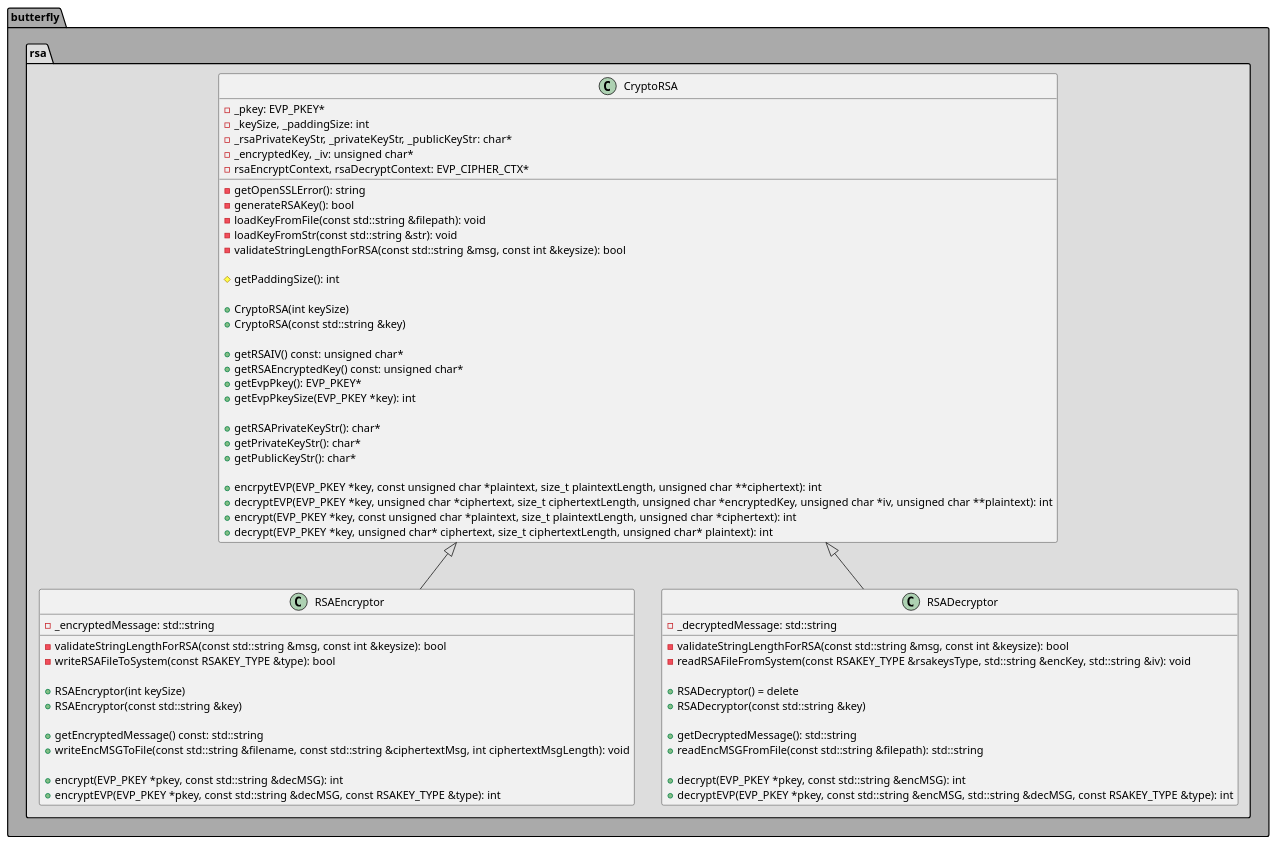
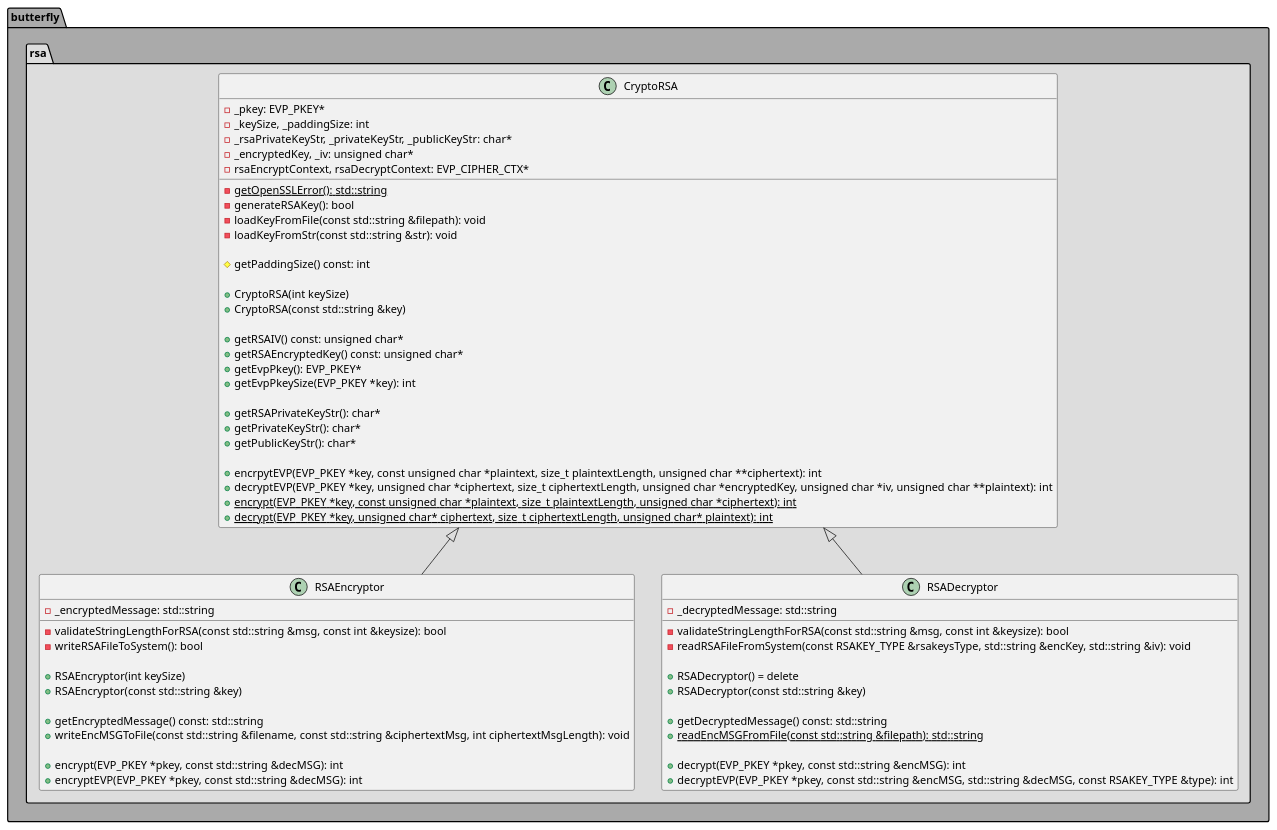
The diagram in architecture/class_diagrams/crypto/rsa.puml (bierschi/butterfly), drawn with PlantUML before and after one commit. The commit also changed 6 other files, not shown here.

```diff
--- a/architecture/class_diagrams/crypto/rsa.puml
+++ b/architecture/class_diagrams/crypto/rsa.puml
@@ -1,82 +1,81 @@
 @startuml
 
 package butterfly #AAAAAA
 {
 
 package rsa #DDDDDD
 {
 
 class CryptoRSA
 {
     - _pkey: EVP_PKEY*
     - _keySize, _paddingSize: int
     - _rsaPrivateKeyStr, _privateKeyStr, _publicKeyStr: char*
     - _encryptedKey, _iv: unsigned char*
     - rsaEncryptContext, rsaDecryptContext: EVP_CIPHER_CTX*
 
-    - getOpenSSLError(): string
+    - {static} getOpenSSLError(): std::string
     - generateRSAKey(): bool
     - loadKeyFromFile(const std::string &filepath): void
     - loadKeyFromStr(const std::string &str): void
-    - validateStringLengthForRSA(const std::string &msg, const int &keysize): bool
 
-    # getPaddingSize(): int
+    # getPaddingSize() const: int
 
     + CryptoRSA(int keySize)
     + CryptoRSA(const std::string &key)
 
     + getRSAIV() const: unsigned char*
     + getRSAEncryptedKey() const: unsigned char*
     + getEvpPkey(): EVP_PKEY*
     + getEvpPkeySize(EVP_PKEY *key): int
 
     + getRSAPrivateKeyStr(): char*
     + getPrivateKeyStr(): char*
     + getPublicKeyStr(): char*
 
     + encrpytEVP(EVP_PKEY *key, const unsigned char *plaintext, size_t plaintextLength, unsigned char **ciphertext): int
     + decryptEVP(EVP_PKEY *key, unsigned char *ciphertext, size_t ciphertextLength, unsigned char *encryptedKey, unsigned char *iv, unsigned char **plaintext): int
-    + encrypt(EVP_PKEY *key, const unsigned char *plaintext, size_t plaintextLength, unsigned char *ciphertext): int
-    + decrypt(EVP_PKEY *key, unsigned char* ciphertext, size_t ciphertextLength, unsigned char* plaintext): int
+    + {static} encrypt(EVP_PKEY *key, const unsigned char *plaintext, size_t plaintextLength, unsigned char *ciphertext): int
+    + {static} decrypt(EVP_PKEY *key, unsigned char* ciphertext, size_t ciphertextLength, unsigned char* plaintext): int
 }
 
 class RSAEncryptor
 {
     - _encryptedMessage: std::string
 
     - validateStringLengthForRSA(const std::string &msg, const int &keysize): bool
-    - writeRSAFileToSystem(const RSAKEY_TYPE &type): bool
+    - writeRSAFileToSystem(): bool
 
     + RSAEncryptor(int keySize)
     + RSAEncryptor(const std::string &key)
 
     + getEncryptedMessage() const: std::string
     + writeEncMSGToFile(const std::string &filename, const std::string &ciphertextMsg, int ciphertextMsgLength): void
 
     + encrypt(EVP_PKEY *pkey, const std::string &decMSG): int
-    + encryptEVP(EVP_PKEY *pkey, const std::string &decMSG, const RSAKEY_TYPE &type): int
+    + encryptEVP(EVP_PKEY *pkey, const std::string &decMSG): int
 }
 
 class RSADecryptor
 {
     - _decryptedMessage: std::string
     - validateStringLengthForRSA(const std::string &msg, const int &keysize): bool
     - readRSAFileFromSystem(const RSAKEY_TYPE &rsakeysType, std::string &encKey, std::string &iv): void
 
     + RSADecryptor() = delete
     + RSADecryptor(const std::string &key)
 
-    + getDecryptedMessage(): std::string
-    + readEncMSGFromFile(const std::string &filepath): std::string
+    + getDecryptedMessage() const: std::string
+    + {static} readEncMSGFromFile(const std::string &filepath): std::string
 
     + decrypt(EVP_PKEY *pkey, const std::string &encMSG): int
     + decryptEVP(EVP_PKEY *pkey, const std::string &encMSG, std::string &decMSG, const RSAKEY_TYPE &type): int
 }
 
 CryptoRSA <|-- RSAEncryptor
 CryptoRSA <|-- RSADecryptor
 
 }
 
 }
 @enduml
```
